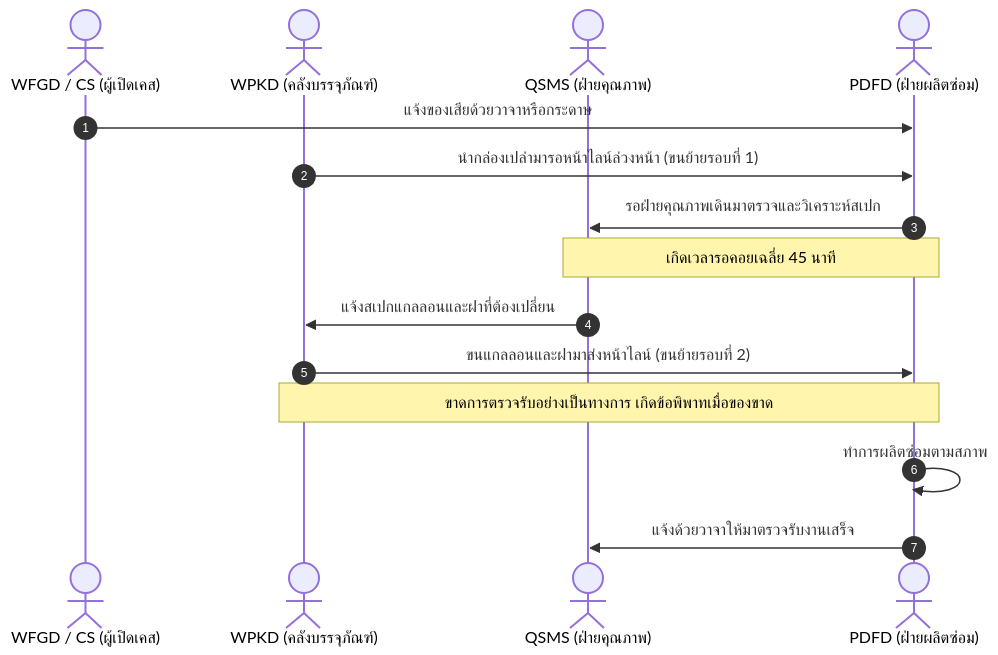
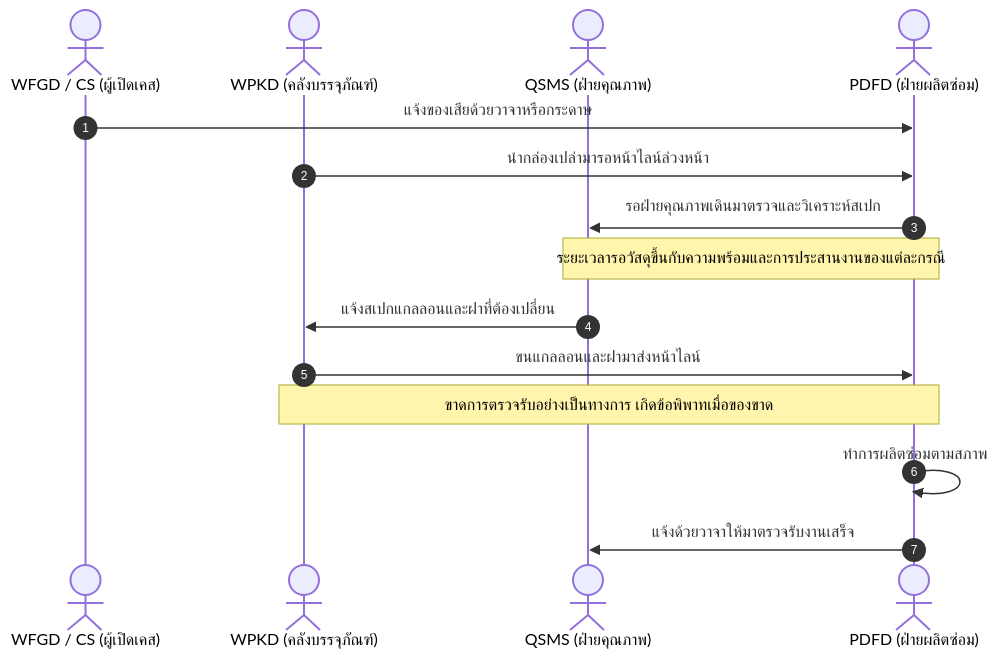
One commit to yean30102546-rgb/QSMS_project changed the second of 7 diagrams in QSMS_Thesis_Complete_Document.md. Above: the diagram before and after it, drawn with Mermaid. The commit also changed other lines of this file and 39 other files, not shown here.

````diff
--- a/QSMS_Thesis_Complete_Document.md
+++ b/QSMS_Thesis_Complete_Document.md
@@ -624,18 +673,18 @@
 ```mermaid
 sequenceDiagram
     autonumber
     actor WFG as WFGD / CS (ผู้เปิดเคส)
     actor WPK as WPKD (คลังบรรจุภัณฑ์)
     actor QSMS as QSMS (ฝ่ายคุณภาพ)
     actor PDF as PDFD (ฝ่ายผลิตซ่อม)
 
     WFG->>PDF: แจ้งของเสียด้วยวาจาหรือกระดาษ
-    WPK->>PDF: นำกล่องเปล่ามารอหน้าไลน์ล่วงหน้า (ขนย้ายรอบที่ 1)
+    WPK->>PDF: นำกล่องเปล่ามารอหน้าไลน์ล่วงหน้า
     PDF->>QSMS: รอฝ่ายคุณภาพเดินมาตรวจและวิเคราะห์สเปก
-    Note over PDF,QSMS: เกิดเวลารอคอยเฉลี่ย 45 นาที
+    Note over PDF,QSMS: ระยะเวลารอวัสดุขึ้นกับความพร้อมและการประสานงานของแต่ละกรณี
     QSMS->>WPK: แจ้งสเปกแกลลอนและฝาที่ต้องเปลี่ยน
-    WPK->>PDF: ขนแกลลอนและฝามาส่งหน้าไลน์ (ขนย้ายรอบที่ 2)
+    WPK->>PDF: ขนแกลลอนและฝามาส่งหน้าไลน์
     Note over WPK,PDF: ขาดการตรวจรับอย่างเป็นทางการ เกิดข้อพิพาทเมื่อของขาด
     PDF->>PDF: ทำการผลิตซ่อมตามสภาพ
     PDF->>QSMS: แจ้งด้วยวาจาให้มาตรวจรับงานเสร็จ
 ```
````
